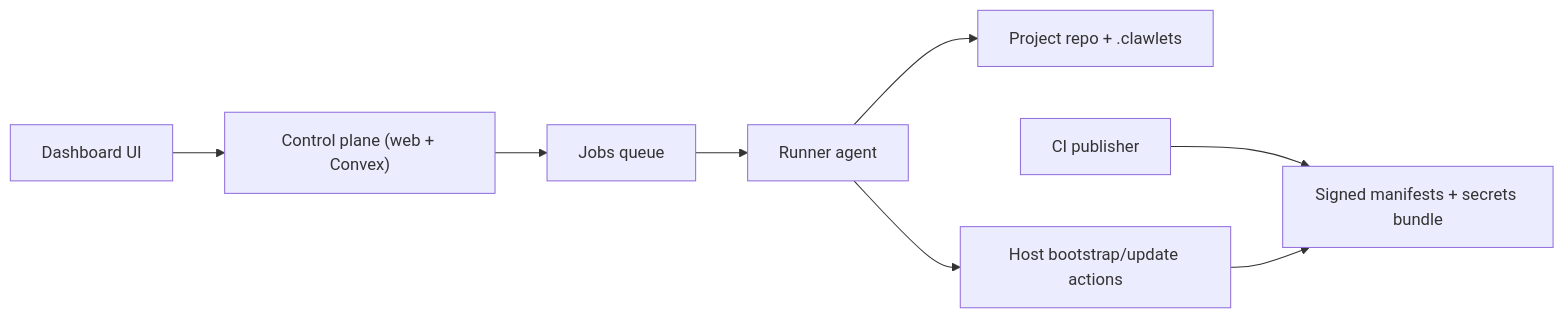
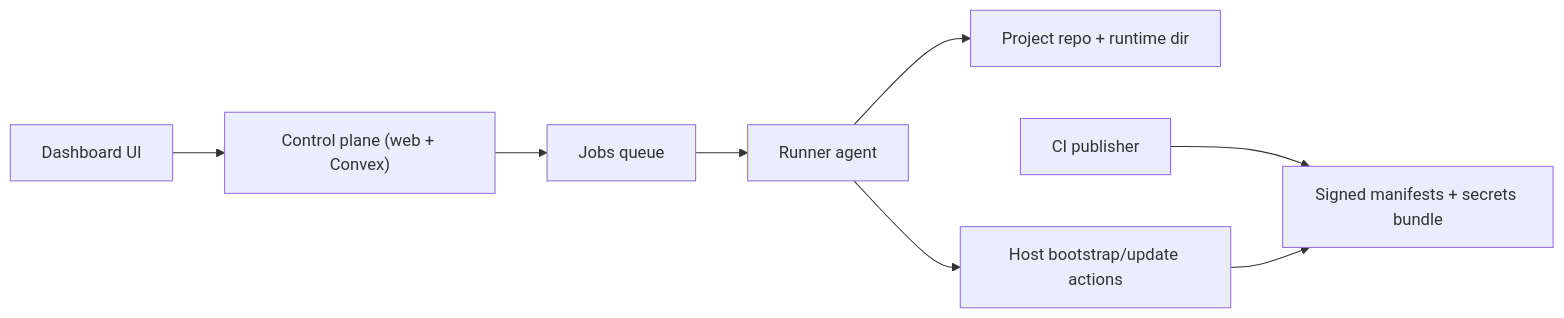
One commit to regenrek/clawlets changed the diagram in apps/docs/content/docs/dashboard/how-clawlets-works.mdx. Above: the diagram before and after it, drawn with Mermaid. The commit also changed 85 other files, not shown here.

Commit message:
refactor: move runtime state outside repo root

````diff
--- a/apps/docs/content/docs/dashboard/how-clawlets-works.mdx
+++ b/apps/docs/content/docs/dashboard/how-clawlets-works.mdx
@@ -19,10 +19,10 @@
 ```mermaid
 flowchart LR
   Browser["Dashboard UI"] --> CP["Control plane (web + Convex)"]
   CP --> Queue["Jobs queue"]
   Queue --> Runner["Runner agent"]
-  Runner --> Repo["Project repo + .clawlets"]
+  Runner --> Repo["Project repo + runtime dir"]
   Runner --> Host["Host bootstrap/update actions"]
   CI["CI publisher"] --> Release["Signed manifests + secrets bundle"]
   Host --> Release
 ```
````
